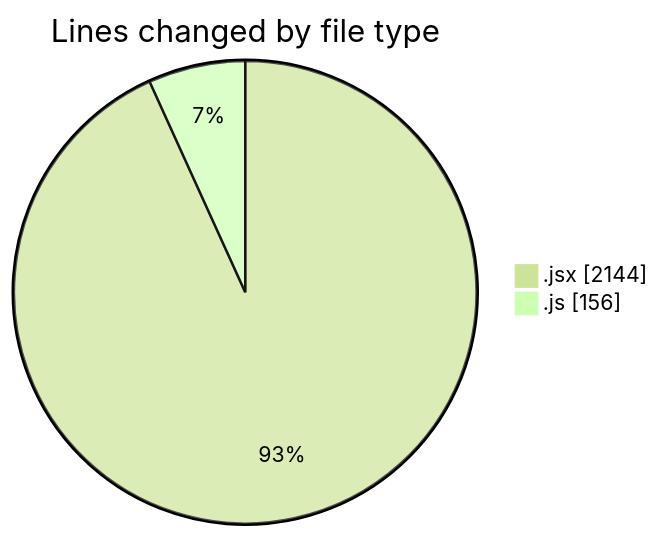
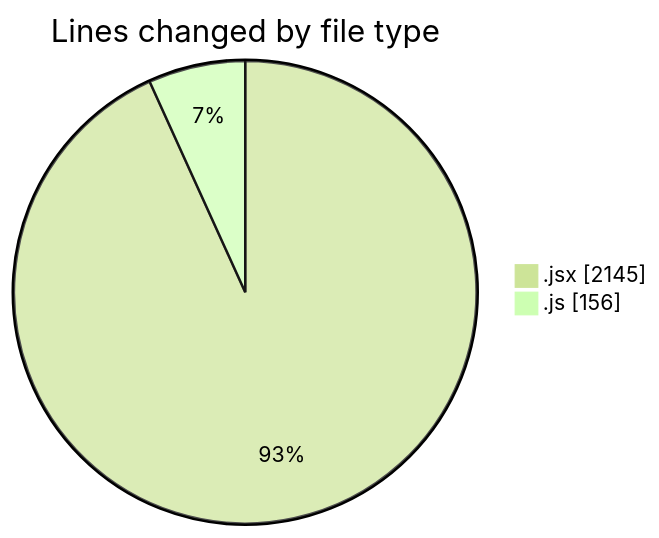
The first of 2 diagrams in 2025-05-22/nxtqube_webapp/README.md (nxtqubesakshisongat/code-tracking), drawn with Mermaid (forest theme) before and after one commit. The commit also changed other lines of this file and 1 other file, not shown here.

````diff
--- a/2025-05-22/nxtqube_webapp/README.md
+++ b/2025-05-22/nxtqube_webapp/README.md
@@ -21,6 +21,6 @@
 ```mermaid
 pie showData
 title Lines changed by file type
-".jsx" : 2144
+".jsx" : 2145
 ".js" : 156
 ```
````
